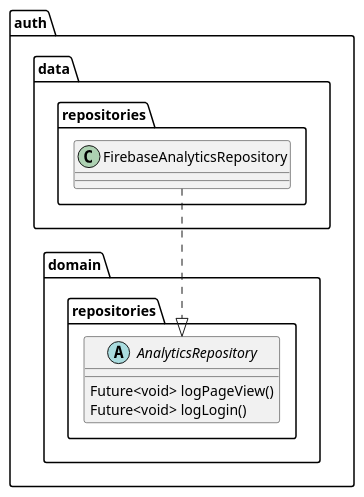
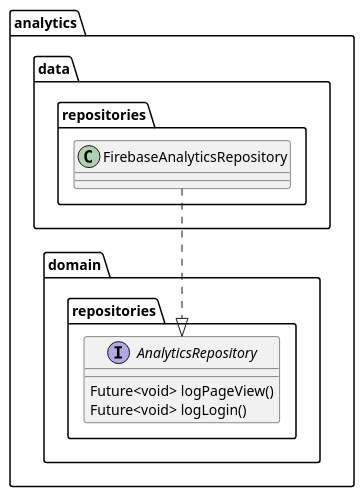
Before and after one commit to Flank/flank-dashboard: the diagram in metrics/web/docs/features/firebase_analytics/diagrams/firebase_analytics_data_class.puml, drawn with PlantUML. The commit also changed 4 other files, not shown here.

```diff
--- a/metrics/web/docs/features/firebase_analytics/diagrams/firebase_analytics_data_class.puml
+++ b/metrics/web/docs/features/firebase_analytics/diagrams/firebase_analytics_data_class.puml
@@ -1,14 +1,14 @@
 @startuml
-package auth.data.repositories {
+package analytics.data.repositories {
     class FirebaseAnalyticsRepository {}
 }
 
-package auth.domain.repositories {
-    abstract class AnalyticsRepository {
+package analytics.domain.repositories {
+    interface AnalyticsRepository {
         Future<void> logPageView()
         Future<void> logLogin()
     }
 }
 
 FirebaseAnalyticsRepository ..|> AnalyticsRepository
 @enduml
```
